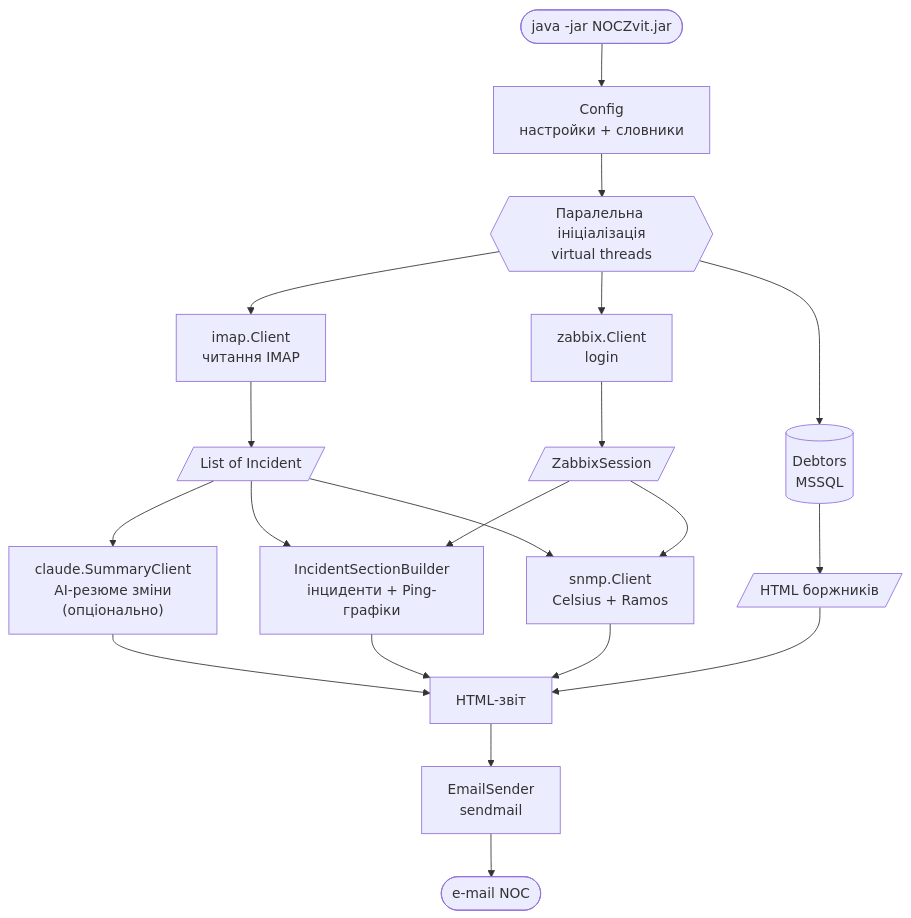
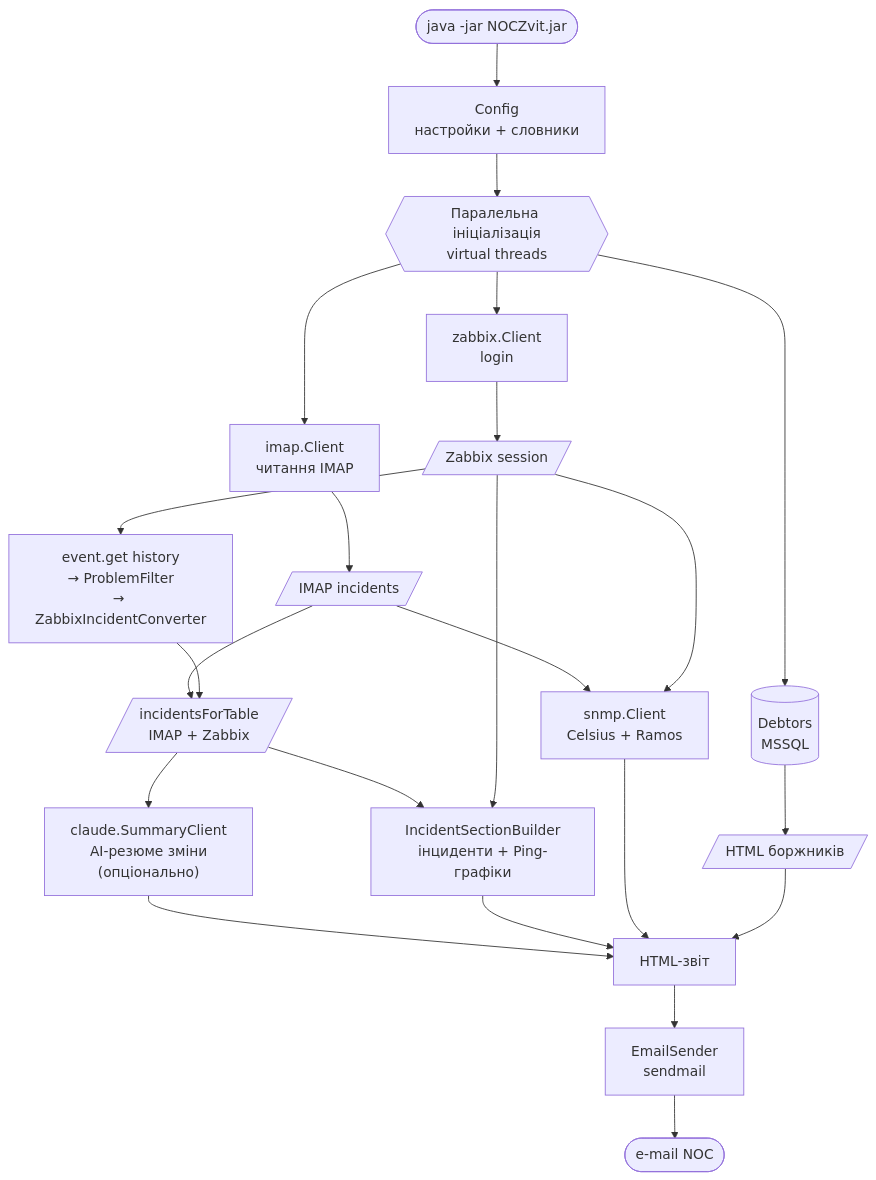
The first of 3 diagrams in README.md (oldengremlin/NOCZvit), drawn with Mermaid before and after one commit. The commit also changed other lines of this file and 1 other file, not shown here.

````diff
--- a/README.md
+++ b/README.md
@@ -20,25 +20,30 @@
 ```mermaid
 flowchart TD
     CLI([java -jar NOCZvit.jar]) --> CFG[Config\nнастройки + словники]
     CFG --> PAR{{"Паралельна ініціалізація\nvirtual threads"}}
 
     PAR --> IMAP[imap.Client\nчитання IMAP]
     PAR --> ZAB[zabbix.Client\nlogin]
     PAR --> DB[(Debtors\nMSSQL)]
 
-    IMAP --> INC[/List of Incident/]
-    ZAB  --> ZS[/ZabbixSession/]
+    IMAP --> INC[/IMAP incidents/]
+    ZAB  --> ZS[/Zabbix session/]
     DB   --> DH[/HTML боржників/]
 
-    INC --> CLAUDE["claude.SummaryClient\nAI-резюме зміни\n(опціонально)"]
-    INC & ZS --> ISB[IncidentSectionBuilder\nінциденти + Ping-графіки]
+    ZS --> ZEVT["event.get history\n→ ProblemFilter\n→ ZabbixIncidentConverter"]
+    INC  --> MERGE[/incidentsForTable\nIMAP + Zabbix/]
+    ZEVT --> MERGE
+
+    MERGE --> CLAUDE["claude.SummaryClient\nAI-резюме зміни\n(опціонально)"]
+    MERGE --> ISB[IncidentSectionBuilder\nінциденти + Ping-графіки]
+    ZS    --> ISB
     INC & ZS --> SNMP[snmp.Client\nCelsius + Ramos]
 
     CLAUDE --> HTML[HTML-звіт]
     ISB  --> HTML
     SNMP --> HTML
     DH   --> HTML
 
     HTML --> MAIL[EmailSender\nsendmail]
     MAIL --> OUT([e-mail NOC])
 ```
````
